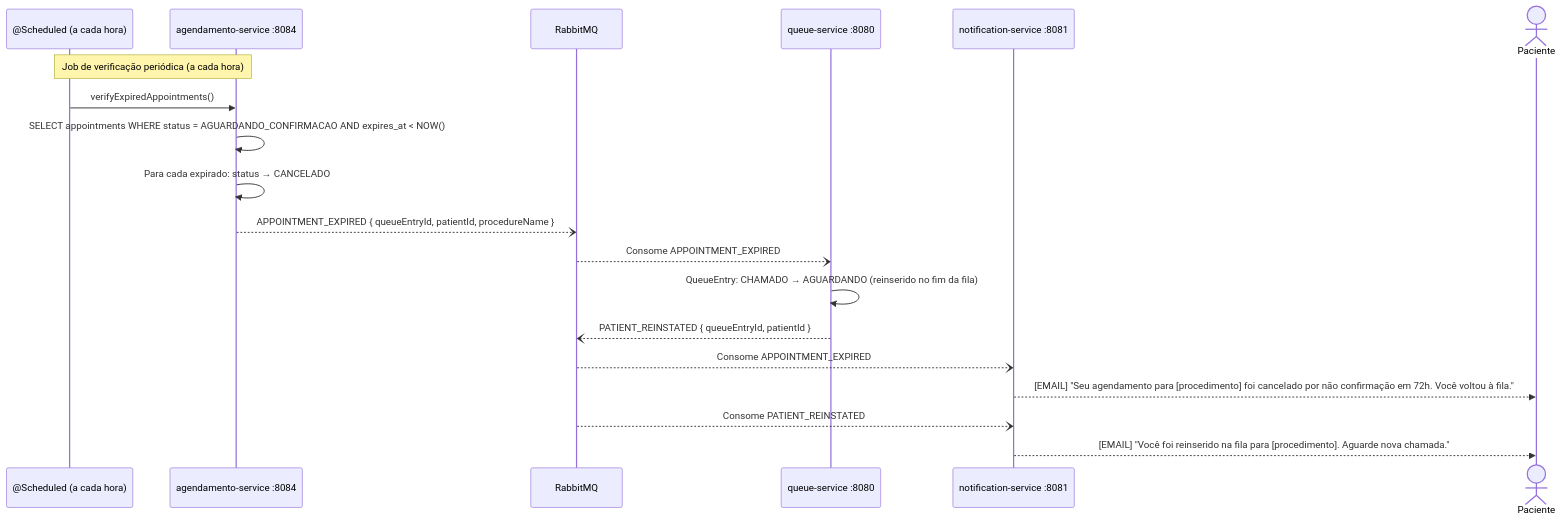
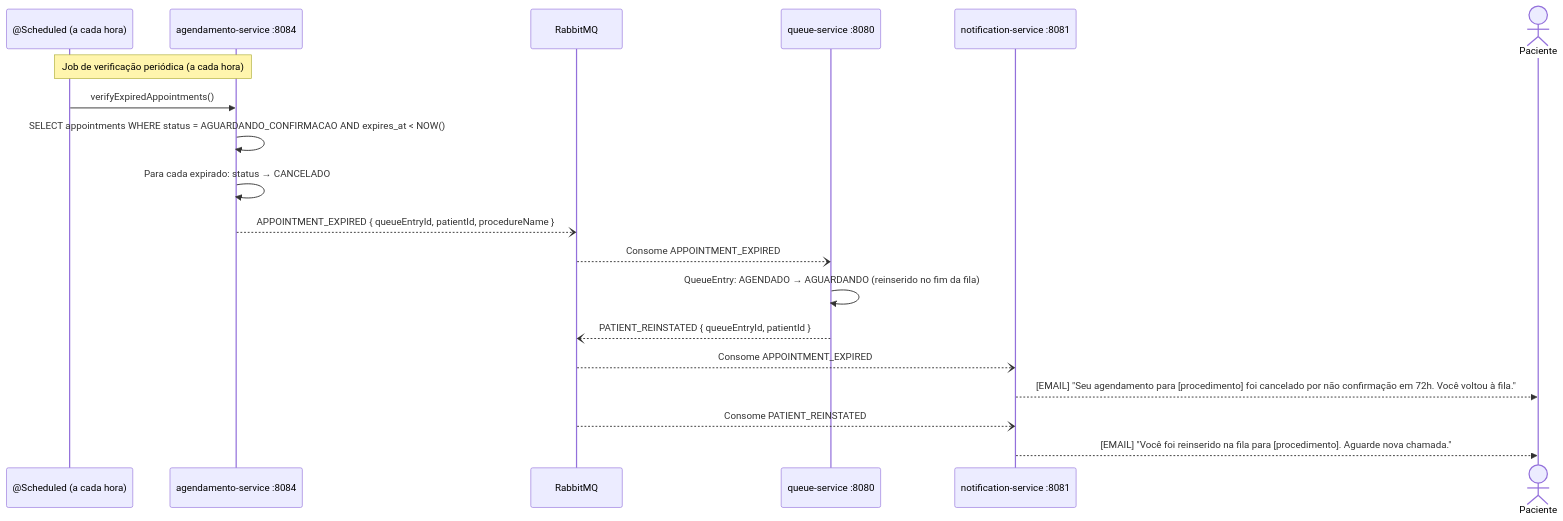
Before and after one commit to LucasBruner/Morbus: diagram 12 of 13 in docs/sequencias-diagrama.md, drawn with Mermaid. The commit also changed other lines of this file and 3 other files, not shown here.

````diff
--- a/docs/sequencias-diagrama.md
+++ b/docs/sequencias-diagrama.md
@@ -551,26 +553,26 @@
 ```mermaid
 sequenceDiagram
     participant Job as @Scheduled (a cada hora)
     participant AS as agendamento-service :8084
     participant MQ as RabbitMQ
     participant QS as queue-service :8080
     participant NS as notification-service :8081
     actor Paciente
 
     Note over Job,AS: Job de verificação periódica (a cada hora)
 
     Job->>AS: verifyExpiredAppointments()
     AS->>AS: SELECT appointments WHERE status = AGUARDANDO_CONFIRMACAO AND expires_at < NOW()
     AS->>AS: Para cada expirado: status → CANCELADO
     AS--)MQ: APPOINTMENT_EXPIRED { queueEntryId, patientId, procedureName }
 
     MQ--)QS: Consome APPOINTMENT_EXPIRED
-    QS->>QS: QueueEntry: CHAMADO → AGUARDANDO (reinserido no fim da fila)
+    QS->>QS: QueueEntry: AGENDADO → AGUARDANDO (reinserido no fim da fila)
     QS--)MQ: PATIENT_REINSTATED { queueEntryId, patientId }
 
     MQ--)NS: Consome APPOINTMENT_EXPIRED
     NS-->>Paciente: [EMAIL] "Seu agendamento para [procedimento] foi cancelado por não confirmação em 72h. Você voltou à fila."
 
     MQ--)NS: Consome PATIENT_REINSTATED
     NS-->>Paciente: [EMAIL] "Você foi reinserido na fila para [procedimento]. Aguarde nova chamada."
 ```
````
